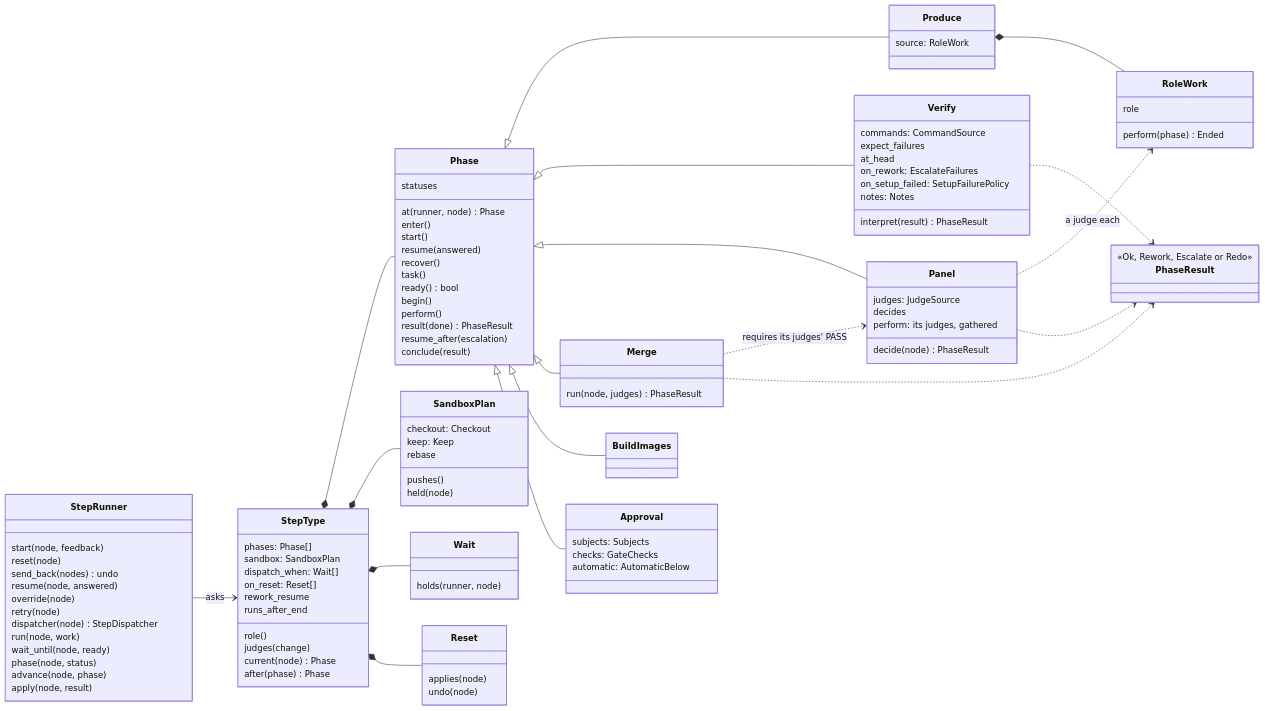
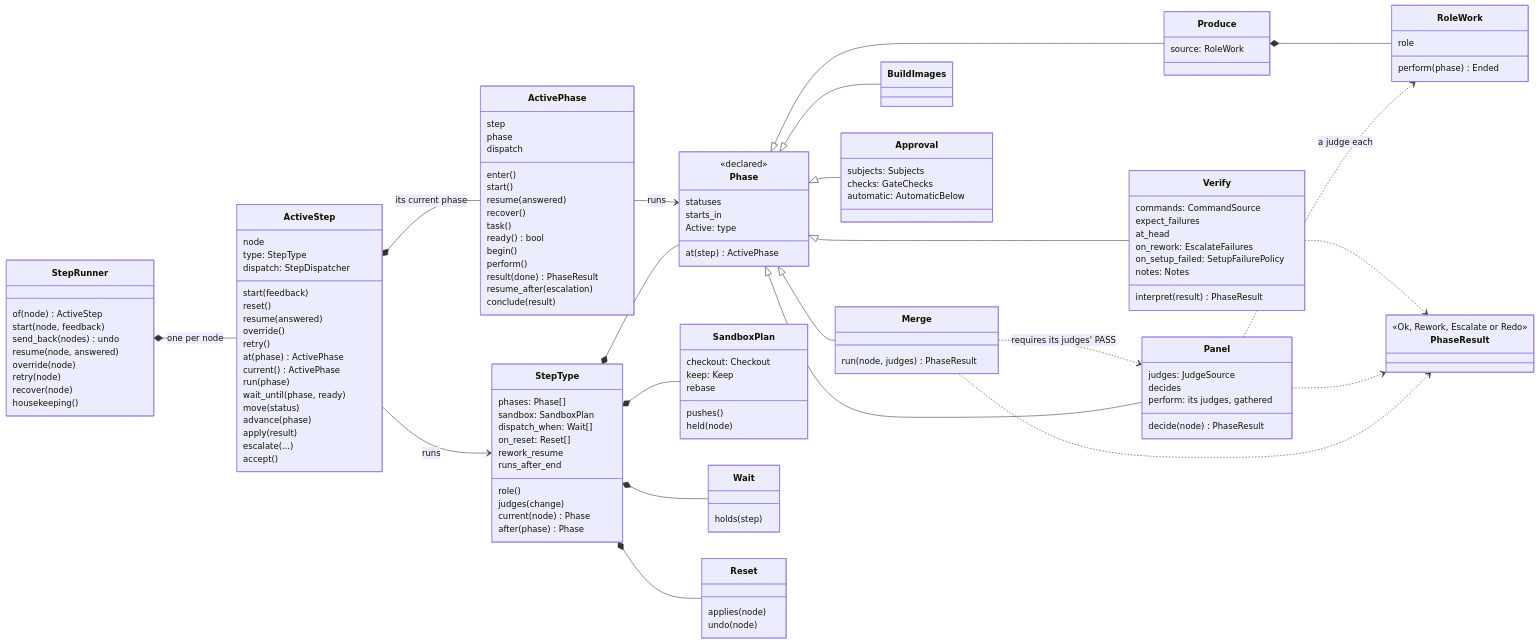
Before and after one commit to mr-miles/orchestrator: the fourth of 6 diagrams in docs/architecture.md, drawn with Mermaid. The commit also changed other lines of this file and 3 other files, not shown here.

First line of the commit message:
A phase runs as an ActivePhase; declarations hold only policies

```diff
--- a/docs/architecture.md
+++ b/docs/architecture.md
@@ -327,22 +332,45 @@
         after(phase) Phase
     }
     class StepRunner {
+        of(node) ActiveStep
         start(node, feedback)
-        reset(node)
         send_back(nodes) undo
         resume(node, answered)
         override(node)
         retry(node)
-        dispatcher(node) StepDispatcher
-        run(node, work)
-        wait_until(node, ready)
-        phase(node, status)
-        advance(node, phase)
-        apply(node, result)
+        recover(node)
+        housekeeping()
+    }
+    class ActiveStep {
+        node
+        type: StepType
+        dispatch: StepDispatcher
+        start(feedback)
+        reset()
+        resume(answered)
+        override()
+        retry()
+        at(phase) ActivePhase
+        current() ActivePhase
+        run(phase)
+        wait_until(phase, ready)
+        move(status)
+        advance(phase)
+        apply(result)
+        escalate(...)
+        accept()
     }
     class Phase {
+        <<declared>>
         statuses
-        at(runner, node) Phase
+        starts_in
+        Active: type
+        at(step) ActivePhase
+    }
+    class ActivePhase {
+        step
+        phase
+        dispatch
         enter()
         start()
         resume(answered)
@@ -397,14 +425,17 @@
         <<Ok, Rework, Escalate or Redo>>
     }
     class Wait {
-        holds(runner, node)
+        holds(step)
     }
     class Reset {
         applies(node)
         undo(node)
     }
 
-    StepRunner --> StepType : asks
+    StepRunner *-- ActiveStep : one per node
+    ActiveStep --> StepType : runs
+    ActiveStep *-- ActivePhase : its current phase
+    ActivePhase --> Phase : runs
     StepType *-- Phase
     StepType *-- SandboxPlan
     StepType *-- Wait
```
